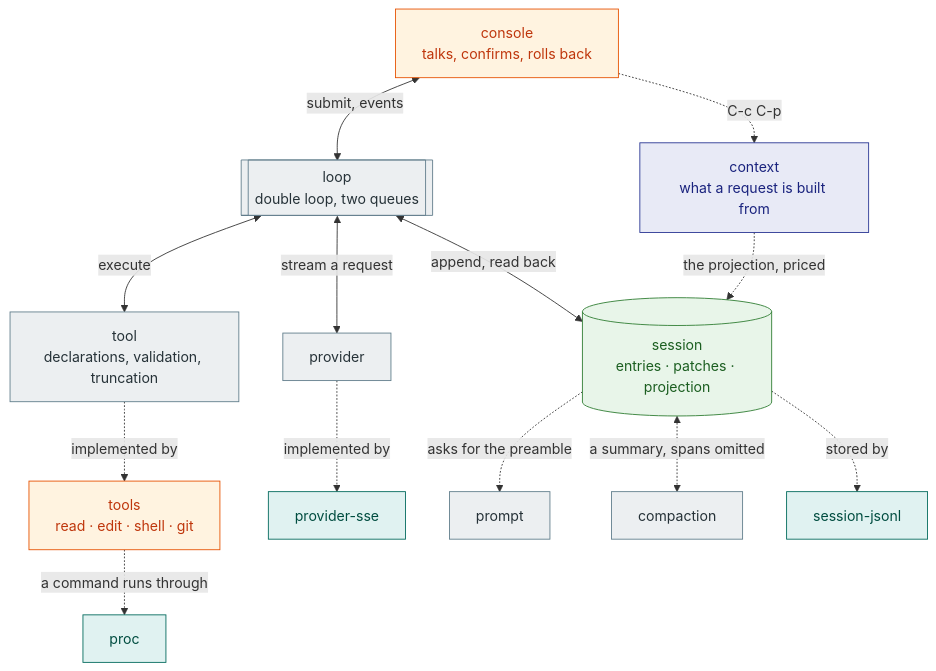
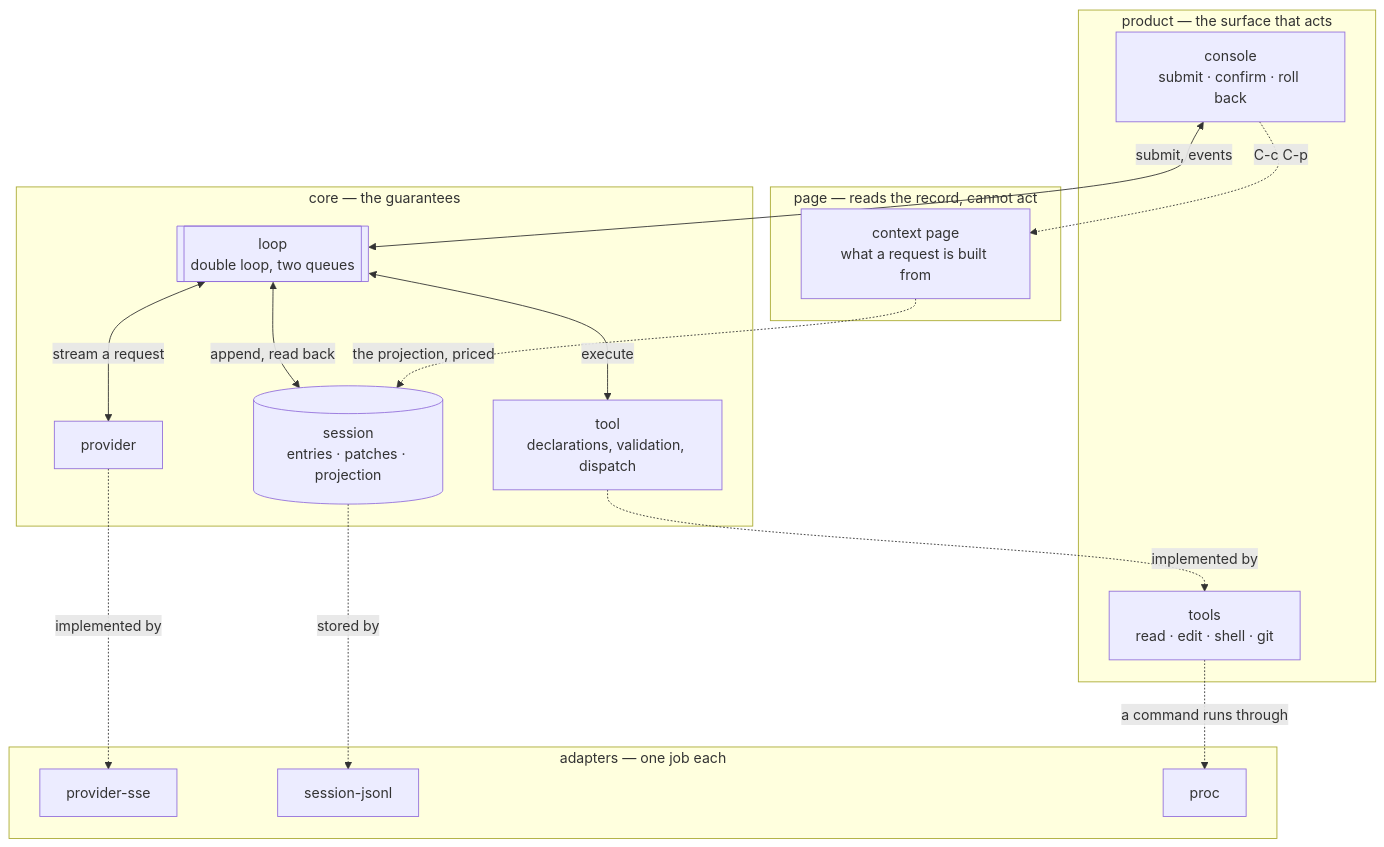
Before and after one commit to OverbearingPearl/pearl: the second of 2 diagrams in README.md, drawn with Mermaid. The commit also changed other lines of this file and 6 other files, not shown here.

````diff
--- a/README.md
+++ b/README.md
@@ -212,37 +212,31 @@
 ```mermaid
 flowchart TB
-  console["console<br/>talks, confirms, rolls back"]
-  context["context<br/>what a request is built from"]
-  loop[["loop<br/>double loop, two queues"]]
-  tool["tool<br/>declarations, validation, truncation"]
-  tools["tools<br/>read · edit · shell · git"]
-  session[("session<br/>entries · patches · projection")]
-  provider["provider"]
-  prompt["prompt"]
-  compaction["compaction"]
-  sse["provider-sse"]
-  jsonl["session-jsonl"]
-  proc["proc"]
+  subgraph product["product — the surface that acts"]
+    tools["tools<br/>read · edit · shell · git"]
+    console["console<br/>submit · confirm · roll back"]
+  end
+  subgraph page["page — reads the record, cannot act"]
+    context["context page<br/>what a request is built from"]
+  end
+  subgraph core["core — the guarantees"]
+    loop[["loop<br/>double loop, two queues"]]
+    tool["tool<br/>declarations, validation, dispatch"]
+    session[("session<br/>entries · patches · projection")]
+    provider["provider"]
+  end
+  subgraph adapters["adapters — one job each"]
+    sse["provider-sse"]
+    jsonl["session-jsonl"]
+    proc["proc"]
+  end
   console <-->|submit, events| loop
   loop <-->|execute| tool
   tool -.->|implemented by| tools
   loop <-->|stream a request| provider
+  loop <-->|append, read back| session
   provider -.->|implemented by| sse
-  loop <-->|append, read back| session
-  session -.->|asks for the preamble| prompt
-  session <-.->|a summary, spans omitted| compaction
   session -.->|stored by| jsonl
   tools -.->|a command runs through| proc
   console -.->|C-c C-p| context
   context -.->|the projection, priced| session
-  classDef product fill:#fff3e0,stroke:#e65100,color:#bf360c
-  classDef page fill:#e8eaf6,stroke:#283593,color:#1a237e
-  classDef core fill:#eceff1,stroke:#607d8b,color:#263238
-  classDef record fill:#e8f5e9,stroke:#2e7d32,color:#1b5e20
-  classDef adapter fill:#e0f2f1,stroke:#00695c,color:#004d40
-  class console,tools product
-  class context page
-  class loop,tool,provider,prompt,compaction core
-  class session record
-  class sse,jsonl,proc adapter
 ```
````
